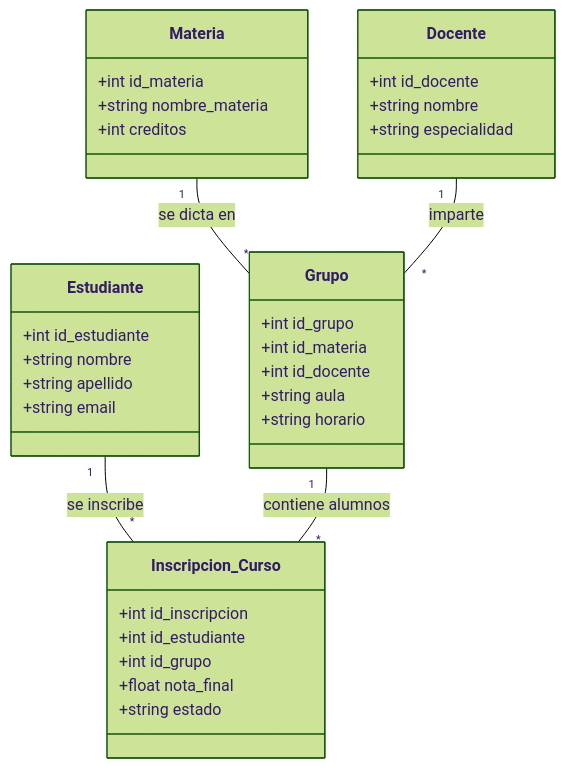
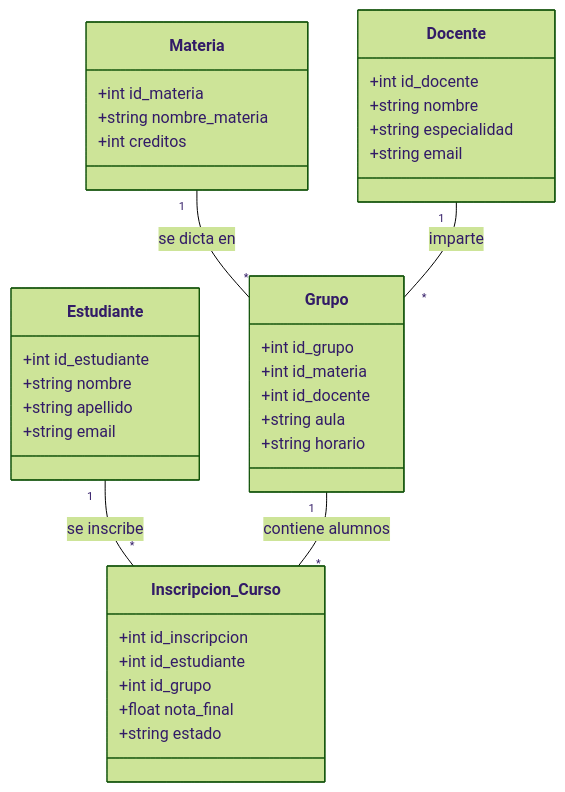
One commit to Santiagoa1p/proyecto-sa-academico-411-2026-2 changed the diagram in README.md. Above: the diagram before and after it, drawn with Mermaid (forest theme). The commit also changed other lines of this file and 9 other files, not shown here.

````diff
--- a/README.md
+++ b/README.md
@@ -7,42 +7,43 @@
 ```mermaid
 classDiagram
     class Estudiante {
         +int id_estudiante
         +string nombre
         +string apellido
         +string email
     }
 
     class Docente {
         +int id_docente
         +string nombre
         +string especialidad
+        +string email
     }
 
     class Materia {
         +int id_materia
         +string nombre_materia
         +int creditos
     }
 
     class Grupo {
         +int id_grupo
         +int id_materia
         +int id_docente
         +string aula
         +string horario
     }
 
     class Inscripcion_Curso {
         +int id_inscripcion
         +int id_estudiante
         +int id_grupo
         +float nota_final
         +string estado
     }
 
     Estudiante "1" -- "*" Inscripcion_Curso : se inscribe
     Grupo "1" -- "*" Inscripcion_Curso : contiene alumnos
     Materia "1" -- "*" Grupo : se dicta en
     Docente "1" -- "*" Grupo : imparte
 ```
````
